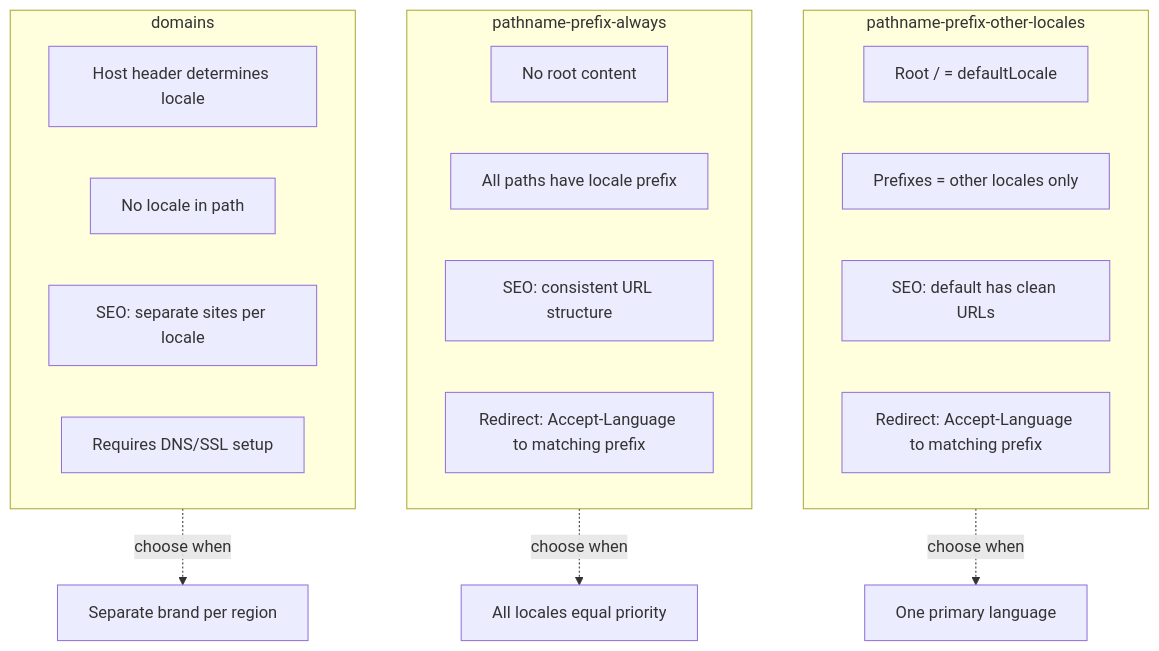
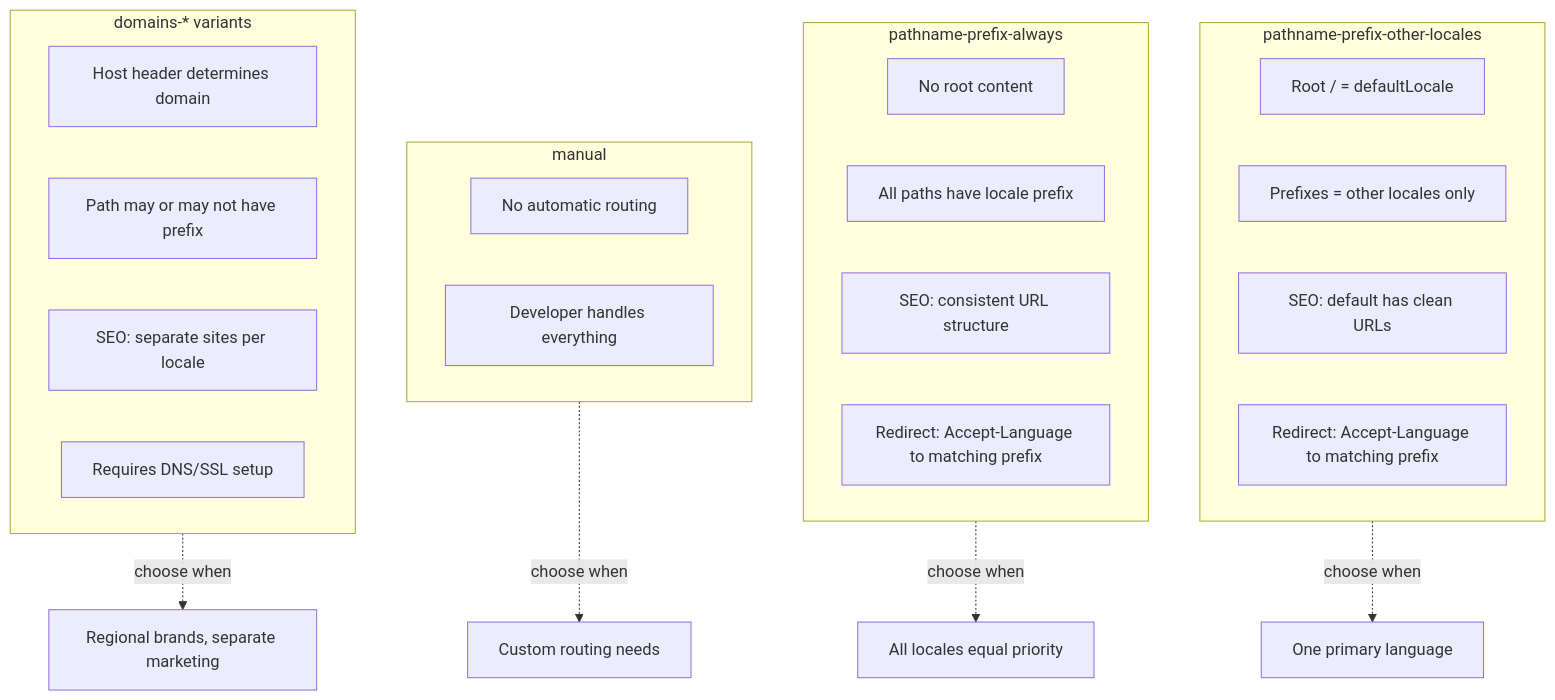
Before and after one commit to ewe-studios/explorations: the third of 3 diagrams in [src.Astro]/astro/markdown/12-i18n.md, drawn with Mermaid. The commit also changed other lines of this file and 22 other files, not shown here.

````diff
--- a/[src.Astro]/astro/markdown/12-i18n.md
+++ b/[src.Astro]/astro/markdown/12-i18n.md
@@ -581,30 +637,37 @@
 ```mermaid
 flowchart TB
     subgraph "pathname-prefix-other-locales"
         direction LR
         A1["Root / = defaultLocale"]
         A2["Prefixes = other locales only"]
         A3["SEO: default has clean URLs"]
         A4["Redirect: Accept-Language to matching prefix"]
     end
 
     subgraph "pathname-prefix-always"
         direction LR
         B1["No root content"]
         B2["All paths have locale prefix"]
         B3["SEO: consistent URL structure"]
         B4["Redirect: Accept-Language to matching prefix"]
     end
 
-    subgraph "domains"
+    subgraph "manual"
         direction LR
-        C1["Host header determines locale"]
-        C2["No locale in path"]
+        M1["No automatic routing"]
+        M2["Developer handles everything"]
+    end
+
+    subgraph "domains-* variants"
+        direction LR
+        C1["Host header determines domain"]
+        C2["Path may or may not have prefix"]
         C3["SEO: separate sites per locale"]
         C4["Requires DNS/SSL setup"]
     end
 
     A1 -.-> |"choose when"| D1["One primary language"]
     B1 -.-> |"choose when"| D2["All locales equal priority"]
-    C1 -.-> |"choose when"| D3["Separate brand per region"]
+    C1 -.-> |"choose when"| D3["Regional brands, separate marketing"]
+    M1 -.-> |"choose when"| D4["Custom routing needs"]
 ```
````
